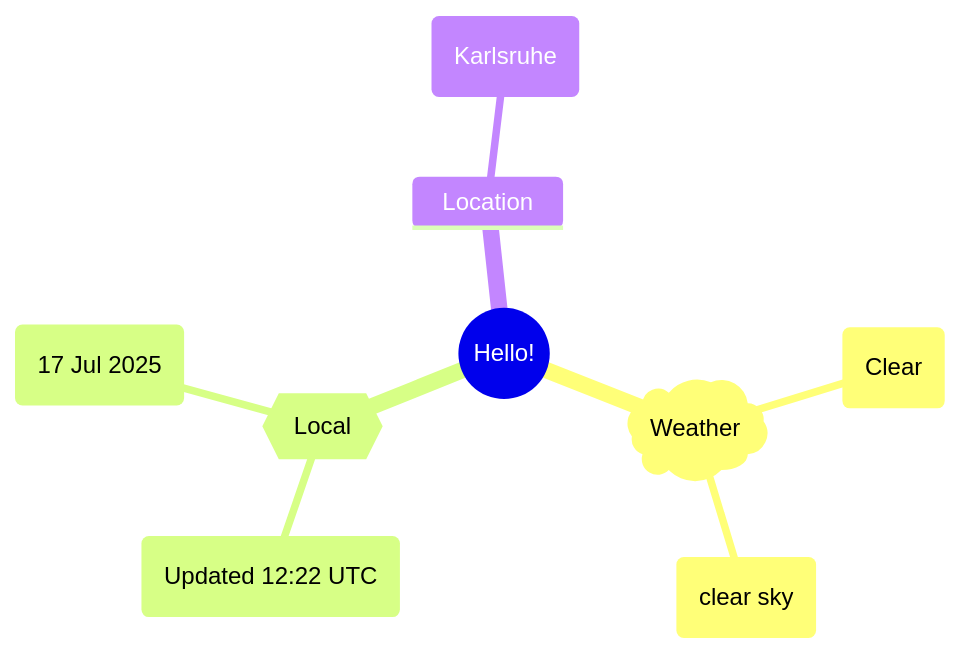
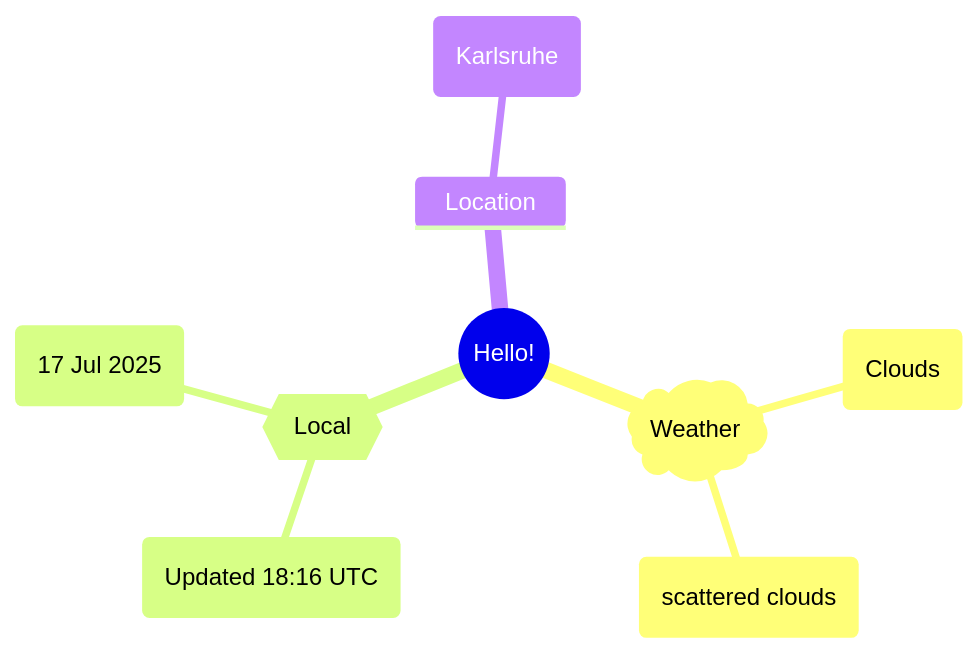
One commit to Xosrov/Xosrov changed the first of 2 diagrams in README.md. Above: the diagram before and after it, drawn with Mermaid.

Commit message:
[bot] updated images

````diff
--- a/README.md
+++ b/README.md
@@ -3,12 +3,12 @@
 ```mermaid
 mindmap
   root((Hello!))
     )Weather(
-        (Clear)
-        (clear sky)
+        (Clouds)
+        (scattered clouds)
     {{Local}}
-        (Updated 12:22 UTC)
+        (Updated 18:16 UTC)
         (17 Jul 2025)
     Location
         (Karlsruhe)
 ```
````
